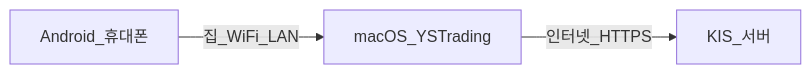
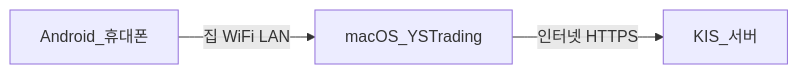
The first of 7 diagrams in docs/decision/DEC-003-open-issues-guide.md (yskwon-wayforyou/sw-design-and-implementation-template), drawn with Mermaid before and after one commit. The commit also changed 96 other files, not shown here.

First line of the commit message:
Add integrated architecture, implementation plan, and scenario HTML test reports.

````diff
--- a/docs/decision/DEC-003-open-issues-guide.md
+++ b/docs/decision/DEC-003-open-issues-guide.md
@@ -24,8 +24,8 @@
 ```mermaid
 flowchart LR
   Phone[Android_휴대폰]
   Mac[macOS_YSTrading]
   KIS[KIS_서버]
-  Phone -->|"집_WiFi_LAN"| Mac
-  Mac -->|"인터넷_HTTPS"| KIS
+  Phone -->|"집 WiFi LAN"| Mac
+  Mac -->|"인터넷 HTTPS"| KIS
 ```
````
